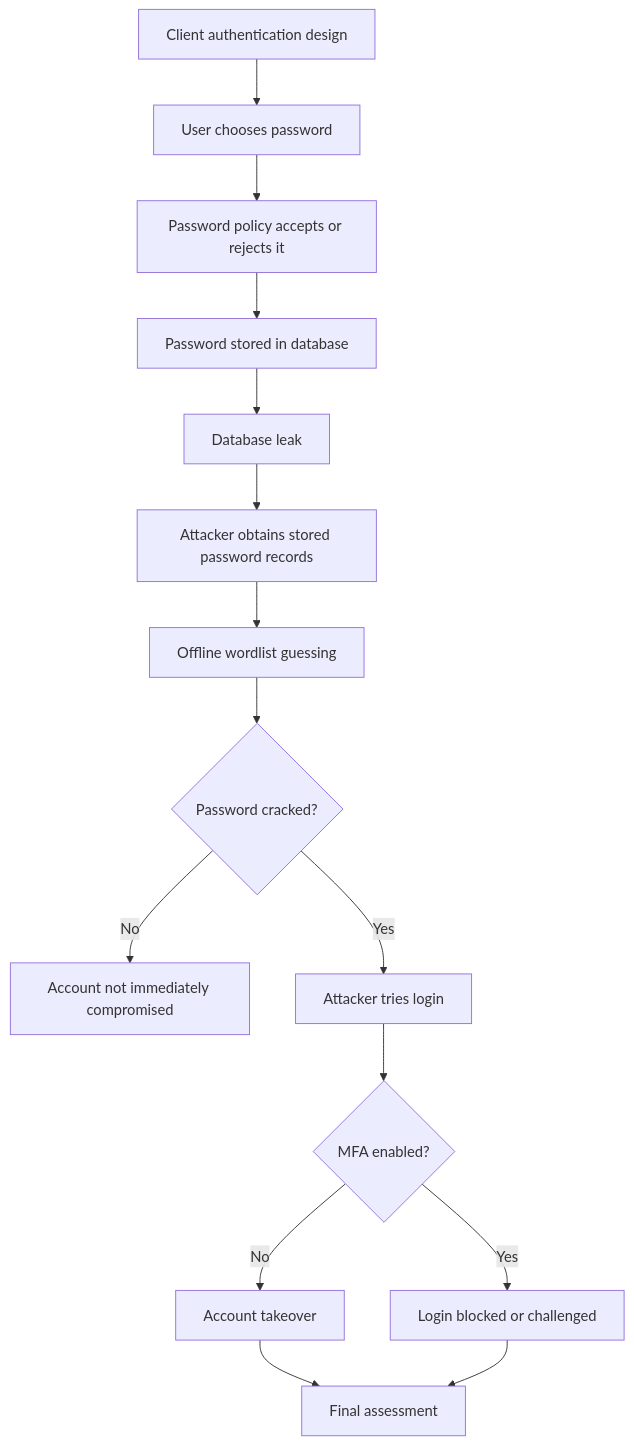
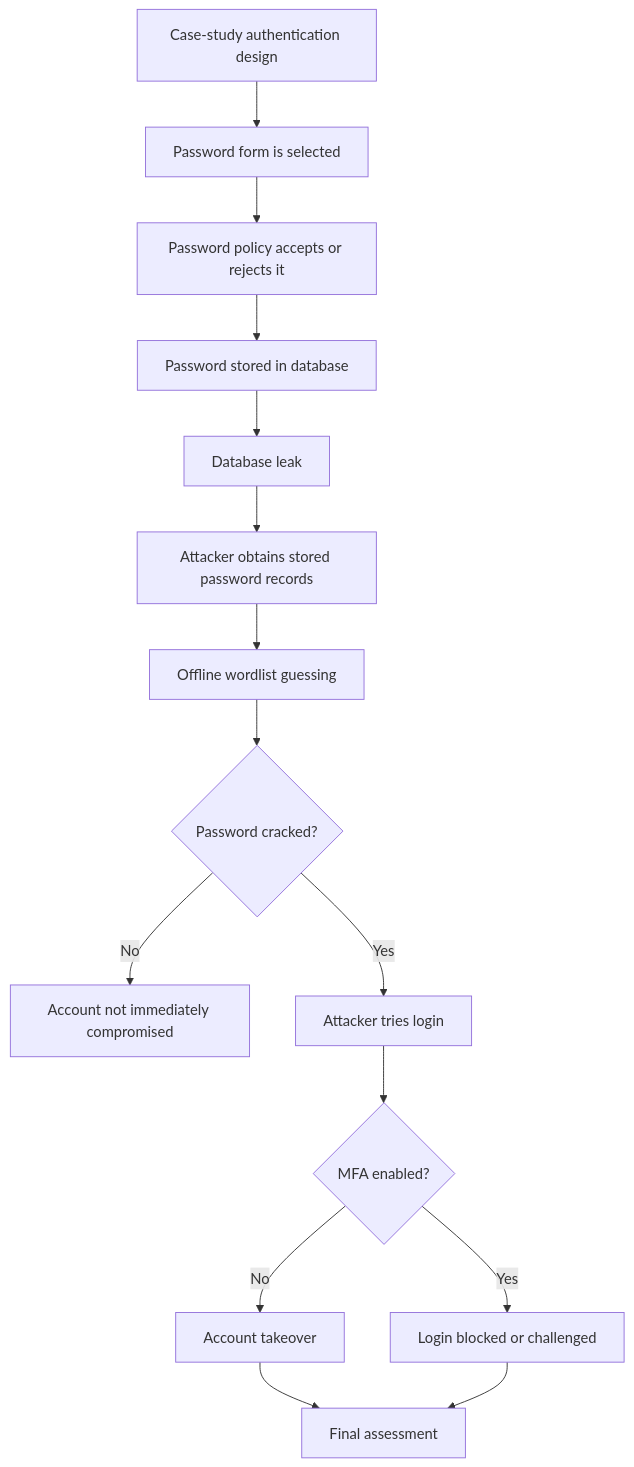
Before and after one commit to shldo/password-auth-security-analysis: the diagram in docs/threat-model.md, drawn with Mermaid. The commit also changed other lines of this file and 13 other files, not shown here.

Commit message:
reframe demo as case-study assessment with MFA model

````diff
--- a/docs/threat-model.md
+++ b/docs/threat-model.md
@@ -40,17 +40,17 @@
 ```mermaid
 flowchart TD
-    A["Client authentication design"] --> B["User chooses password"]
+    A["Case-study authentication design"] --> B["Password form is selected"]
     B --> C["Password policy accepts or rejects it"]
     C --> D["Password stored in database"]
     D --> E["Database leak"]
     E --> F["Attacker obtains stored password records"]
     F --> G["Offline wordlist guessing"]
     G --> H{"Password cracked?"}
     H -->|No| I["Account not immediately compromised"]
     H -->|Yes| J["Attacker tries login"]
     J --> K{"MFA enabled?"}
     K -->|No| L["Account takeover"]
     K -->|Yes| M["Login blocked or challenged"]
     L --> N["Final assessment"]
     M --> N
 ```
````
